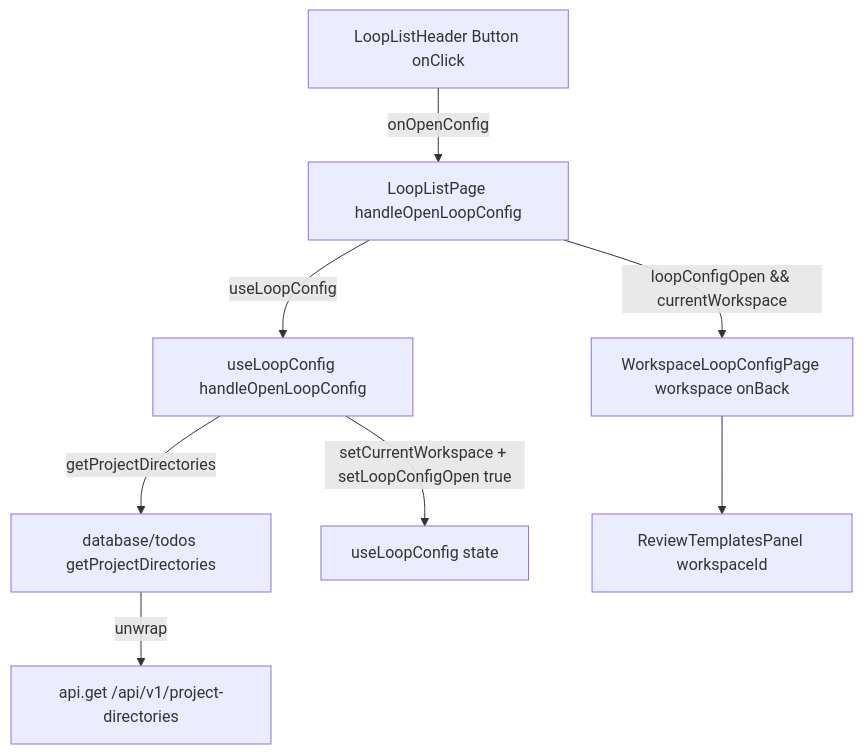
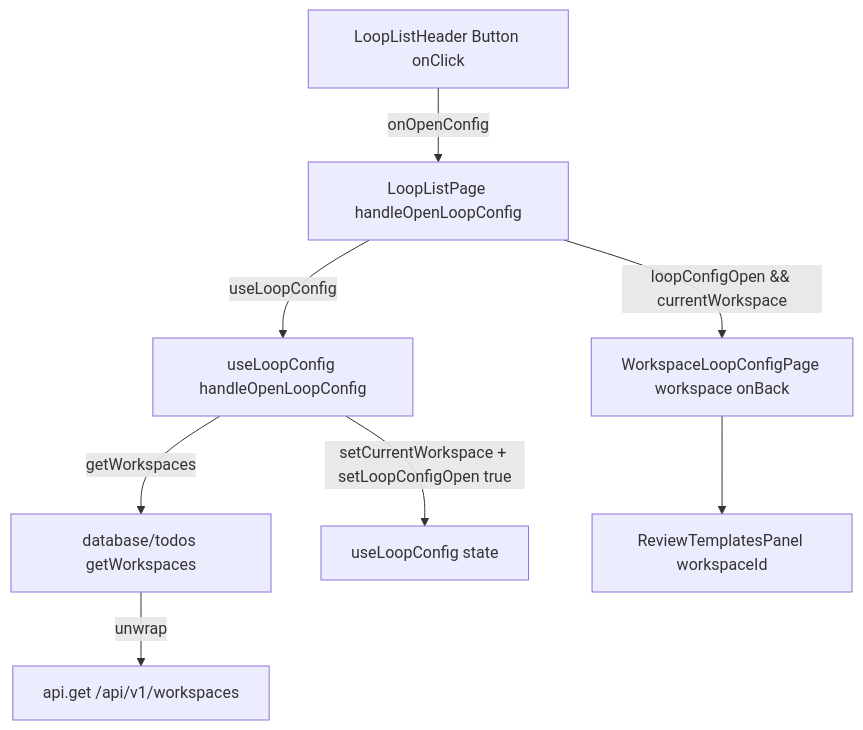
One commit to weibaohui/ntd changed the second of 4 diagrams in frontend/src/help/pages/loop-list-open-config.md. Above: the diagram before and after it, drawn with Mermaid. The commit also changed other lines of this file and 122 other files, not shown here.

````diff
--- a/frontend/src/help/pages/loop-list-open-config.md
+++ b/frontend/src/help/pages/loop-list-open-config.md
@@ -26,10 +26,10 @@
 ```mermaid
 flowchart TD
   Header["LoopListHeader Button onClick"] -->|"onOpenConfig"| LLP["LoopListPage handleOpenLoopConfig"]
   LLP -->|"useLoopConfig"| CFG["useLoopConfig handleOpenLoopConfig"]
-  CFG -->|"getProjectDirectories"| DBT["database/todos getProjectDirectories"]
-  DBT -->|"unwrap"| API["api.get /api/v1/project-directories"]
+  CFG -->|"getWorkspaces"| DBT["database/todos getWorkspaces"]
+  DBT -->|"unwrap"| API["api.get /api/v1/workspaces"]
   CFG -->|"setCurrentWorkspace + setLoopConfigOpen true"| ST["useLoopConfig state"]
   LLP -->|"loopConfigOpen && currentWorkspace"| WCP["WorkspaceLoopConfigPage workspace onBack"]
   WCP --> RTP["ReviewTemplatesPanel workspaceId"]
 ```
````
